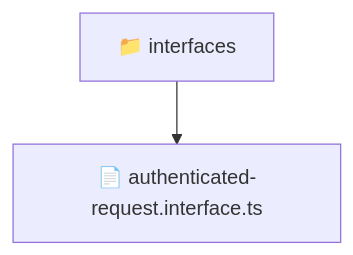
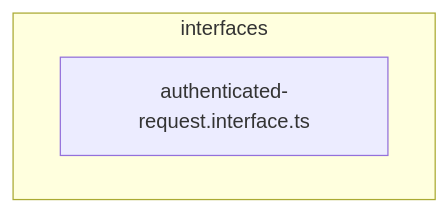
Before and after one commit to beginwebdev2002/fullstack-mavluda: the diagram in backend/src/common/interfaces/README.md, drawn with Mermaid. The commit also changed other lines of this file and 163 other files, not shown here.

````diff
--- a/backend/src/common/interfaces/README.md
+++ b/backend/src/common/interfaces/README.md
@@ -9,5 +15,6 @@
 ```mermaid
 graph TD
-  Root["📁 interfaces"]
-  Root --> authenticated_request_interface_ts["📄 authenticated-request.interface.ts"]
+  subgraph interfaces
+    authenticated_request_interface_ts["authenticated-request.interface.ts"]
+  end
 ```
````
